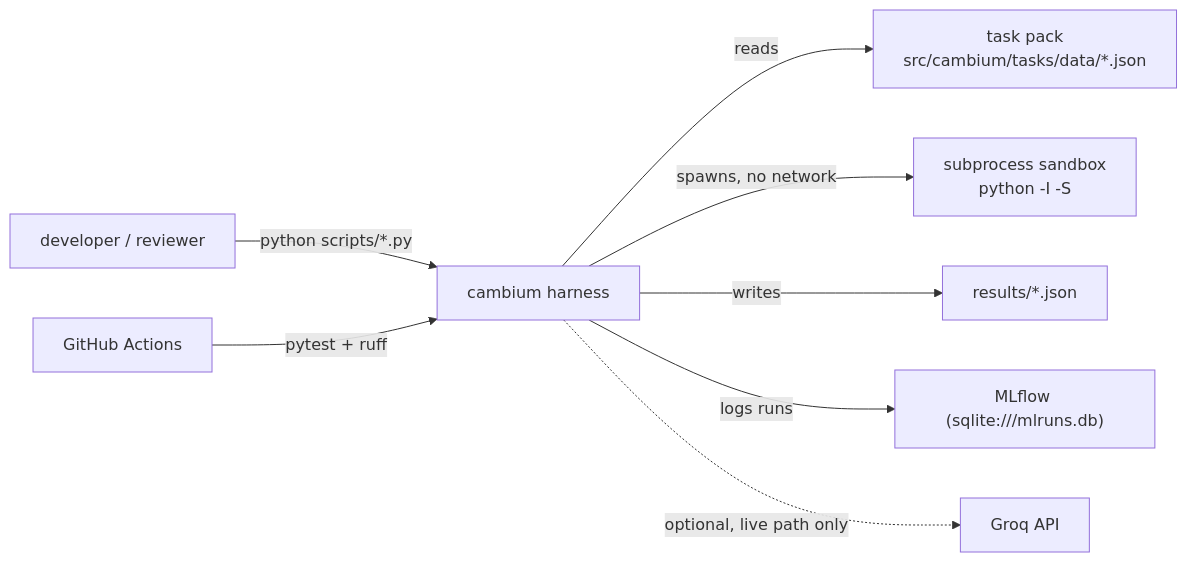
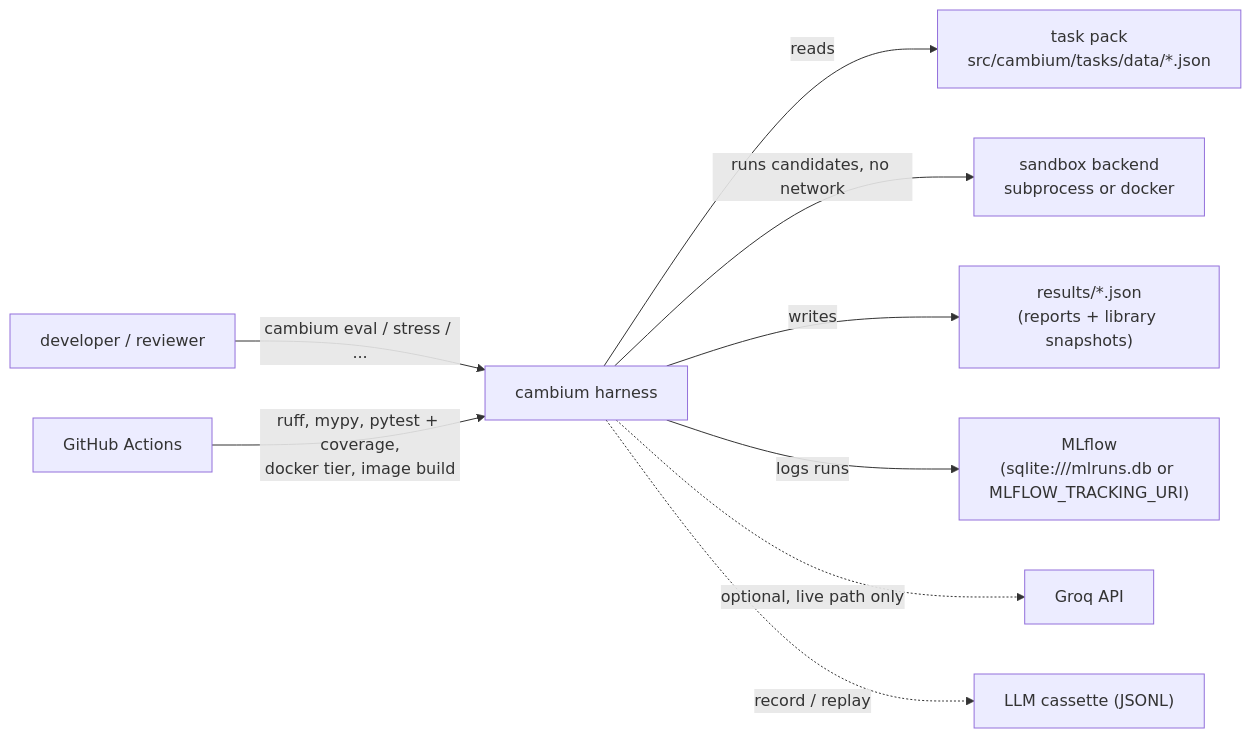
Before and after one commit to debarshi29/cambium: the first of 3 diagrams in docs/HLD.md, drawn with Mermaid. The commit also changed other lines of this file and 1 other file, not shown here.

````diff
--- a/docs/HLD.md
+++ b/docs/HLD.md
@@ -35,10 +36,11 @@
 ```mermaid
 flowchart LR
-    dev["developer / reviewer"] -->|python scripts/*.py| cambium["cambium harness"]
+    dev["developer / reviewer"] -->|cambium eval / stress / ...| cambium["cambium harness"]
     cambium -->|reads| pack["task pack\nsrc/cambium/tasks/data/*.json"]
-    cambium -->|spawns, no network| sandbox["subprocess sandbox\npython -I -S"]
-    cambium -->|writes| results["results/*.json"]
-    cambium -->|logs runs| mlflow["MLflow (sqlite:///mlruns.db)"]
+    cambium -->|runs candidates, no network| sandbox["sandbox backend\nsubprocess or docker"]
+    cambium -->|writes| results["results/*.json\n(reports + library snapshots)"]
+    cambium -->|logs runs| mlflow["MLflow\n(sqlite:///mlruns.db or MLFLOW_TRACKING_URI)"]
     cambium -.->|optional, live path only| groq["Groq API"]
-    ci["GitHub Actions"] -->|pytest + ruff| cambium
+    cambium -.->|record / replay| cassette["LLM cassette (JSONL)"]
+    ci["GitHub Actions"] -->|ruff, mypy, pytest + coverage,\ndocker tier, image build| cambium
 ```
````
